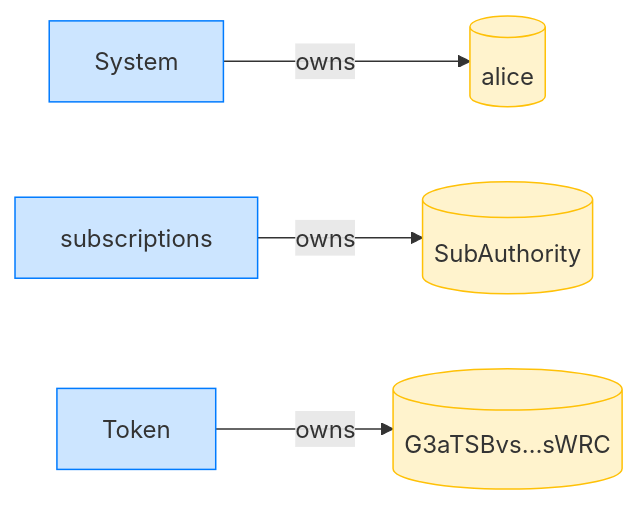
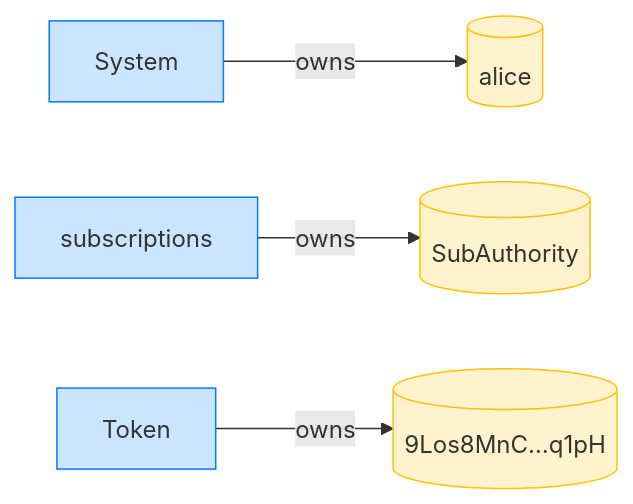
The fourth of 12 diagrams in dsl_tests/reject-a-stale-subscription-authority-generation.md (cds-rs/subscriptions), drawn with Mermaid before and after one commit. The commit also changed other lines of this file and 224 other files, not shown here.

````diff
--- a/dsl_tests/reject-a-stale-subscription-authority-generation.md
+++ b/dsl_tests/reject-a-stale-subscription-authority-generation.md
@@ -73,14 +78,14 @@
 ```mermaid
 flowchart LR
     classDef owner fill:#cce5ff,stroke:#007bff;
     classDef account fill:#fff3cd,stroke:#ffc107;
     System[System]:::owner
     alice[(alice)]:::account
     subscriptions[subscriptions]:::owner
     SubAuthority[(SubAuthority)]:::account
     Token[Token]:::owner
-    G3aTSBvs_sWRC[("G3aTSBvs…sWRC")]:::account
+    9Los8MnC_q1pH[("9Los8MnC…q1pH")]:::account
     System -->|owns| alice
     subscriptions -->|owns| SubAuthority
-    Token -->|owns| G3aTSBvs_sWRC
+    Token -->|owns| 9Los8MnC_q1pH
 ```
````
